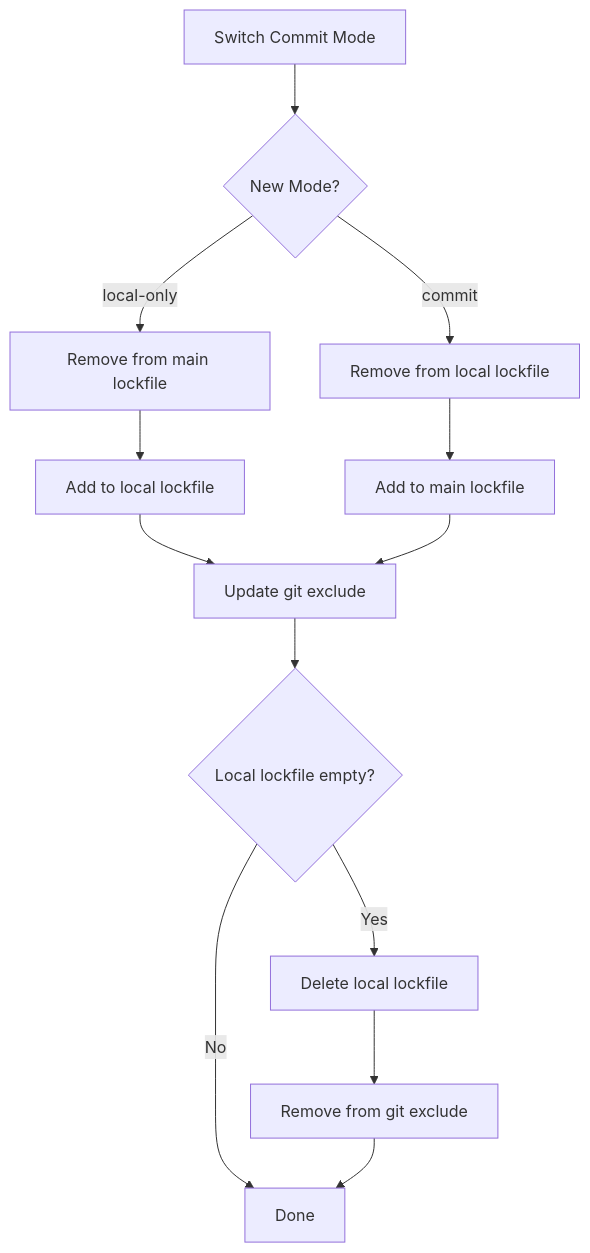
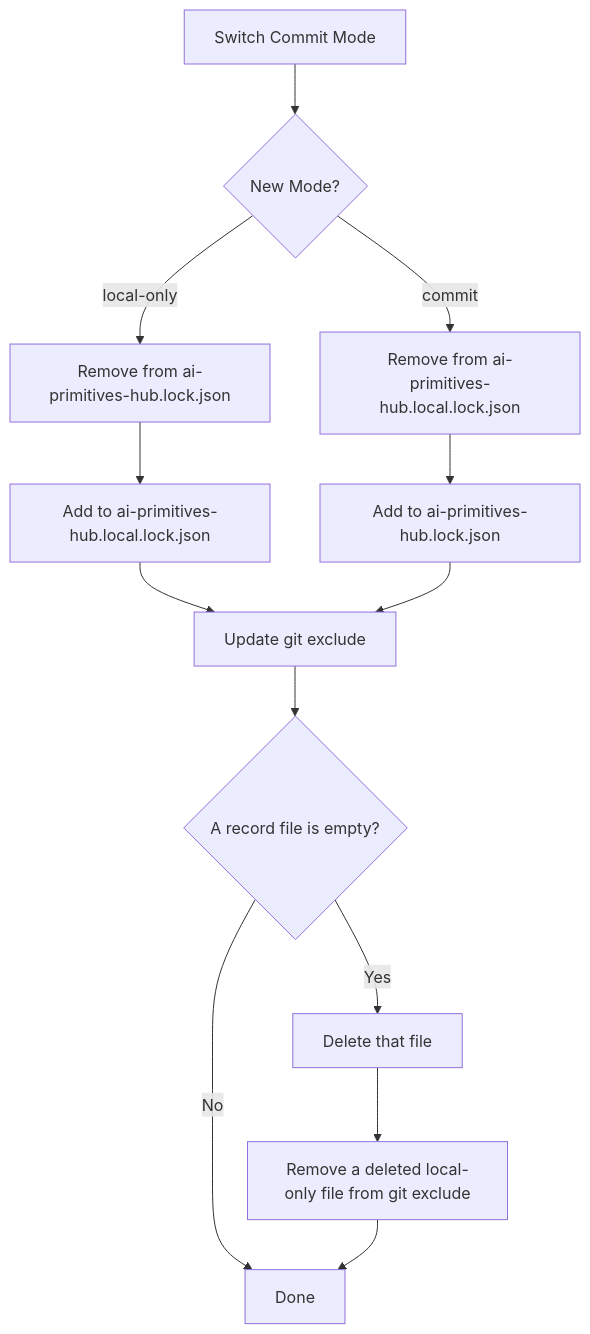
Before and after one commit to AmadeusITGroup/ai-primitives-hub: the fourth of 6 diagrams in docs/contributor-guide/architecture/installation-flow.md, drawn with Mermaid. The commit also changed other lines of this file and 11 other files, not shown here.

````diff
--- a/docs/contributor-guide/architecture/installation-flow.md
+++ b/docs/contributor-guide/architecture/installation-flow.md
@@ -346,15 +314,15 @@
 ```mermaid
 flowchart TD
     A[Switch Commit Mode] --> B{New Mode?}
-    B -->|local-only| C[Remove from main lockfile]
-    B -->|commit| D[Remove from local lockfile]
-    C --> E[Add to local lockfile]
-    D --> F[Add to main lockfile]
+    B -->|local-only| C[Remove from ai-primitives-hub.lock.json]
+    B -->|commit| D[Remove from ai-primitives-hub.local.lock.json]
+    C --> E[Add to ai-primitives-hub.local.lock.json]
+    D --> F[Add to ai-primitives-hub.lock.json]
     E --> G[Update git exclude]
     F --> G
-    G --> H{Local lockfile empty?}
-    H -->|Yes| I[Delete local lockfile]
+    G --> H{A record file is empty?}
+    H -->|Yes| I[Delete that file]
     H -->|No| J[Done]
-    I --> K[Remove from git exclude]
+    I --> K[Remove a deleted local-only file from git exclude]
     K --> J
 ```
````
